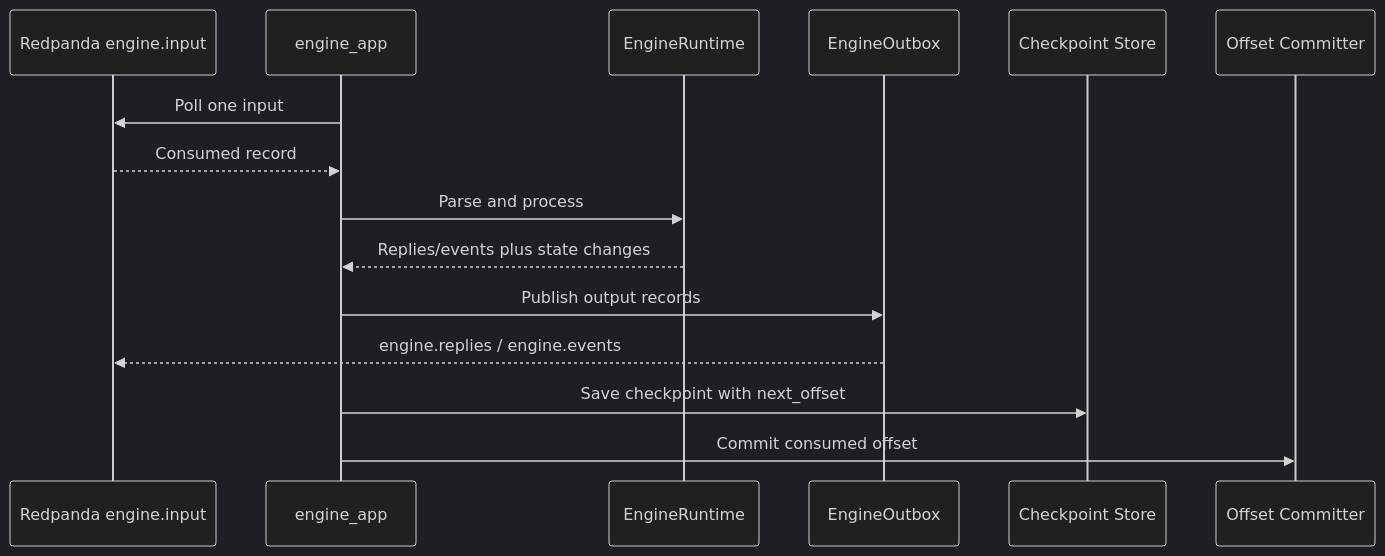
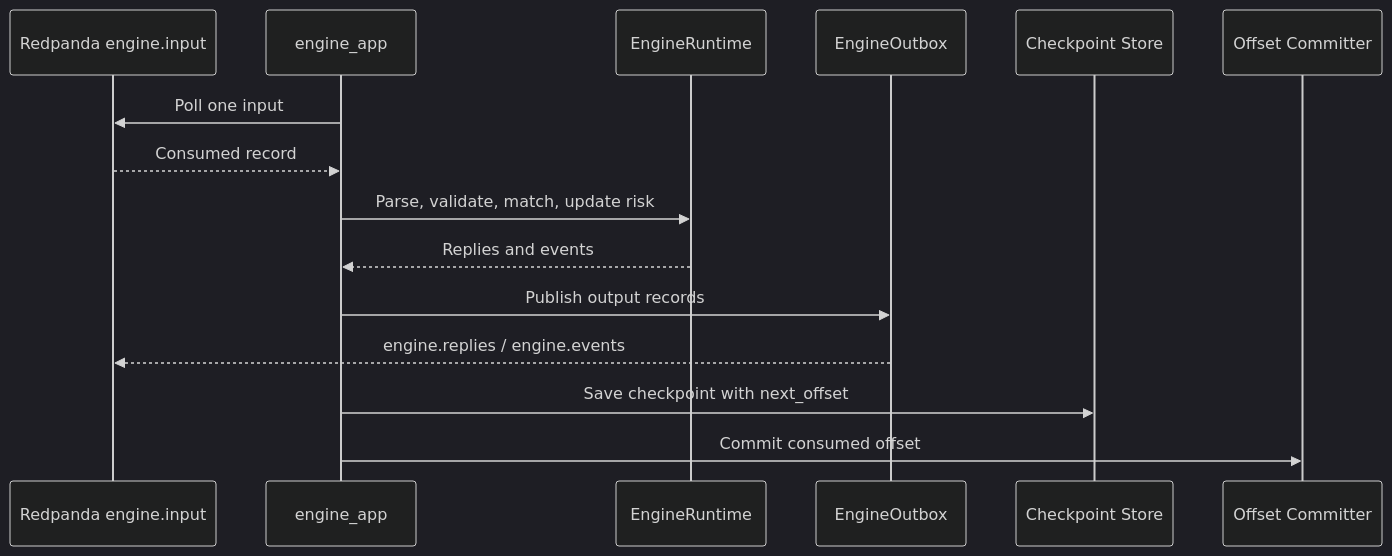
Before and after one commit to whoisasx/exchange-engine: the second of 3 diagrams in README.md, drawn with Mermaid (dark theme). The commit also changed other lines of this file and 3 other files, not shown here.

````diff
--- a/README.md
+++ b/README.md
@@ -39,18 +38,18 @@
 ```mermaid
 sequenceDiagram
     participant RP as Redpanda engine.input
     participant A as engine_app
     participant R as EngineRuntime
     participant O as EngineOutbox
     participant S as Checkpoint Store
     participant C as Offset Committer
 
     A->>RP: Poll one input
     RP-->>A: Consumed record
-    A->>R: Parse and process
-    R-->>A: Replies/events plus state changes
+    A->>R: Parse, validate, match, update risk
+    R-->>A: Replies and events
     A->>O: Publish output records
     O-->>RP: engine.replies / engine.events
     A->>S: Save checkpoint with next_offset
     A->>C: Commit consumed offset
 ```
````
